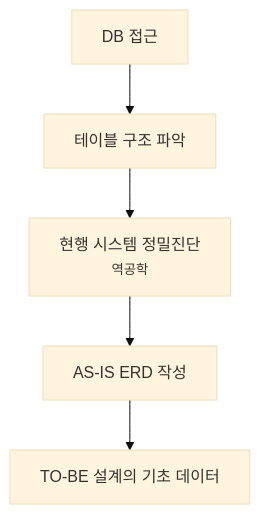
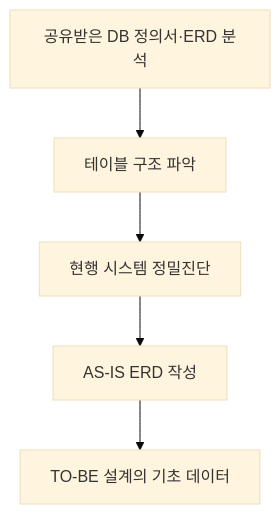
Before and after one commit to sknkwoxs/manual-book: the fifth of 5 diagrams in src/content/docs/goodthinking-isp/02-analysis/meeting-notes/kickoff-agenda.md, drawn with Mermaid (base theme). The commit also changed other lines of this file, not shown here.

````diff
--- a/src/content/docs/goodthinking-isp/02-analysis/meeting-notes/kickoff-agenda.md
+++ b/src/content/docs/goodthinking-isp/02-analysis/meeting-notes/kickoff-agenda.md
@@ -210,7 +207,7 @@
 ```mermaid
 graph TD
-    A["DB 접근"] --> B["테이블 구조 파악"]
-    B --> C["현행 시스템 정밀진단<br/><small>역공학</small>"]
+    A["공유받은 DB 정의서·ERD 분석"] --> B["테이블 구조 파악"]
+    B --> C["현행 시스템 정밀진단"]
     C --> D["AS-IS ERD 작성"]
     D --> E["TO-BE 설계의 기초 데이터"]
 ```
````
